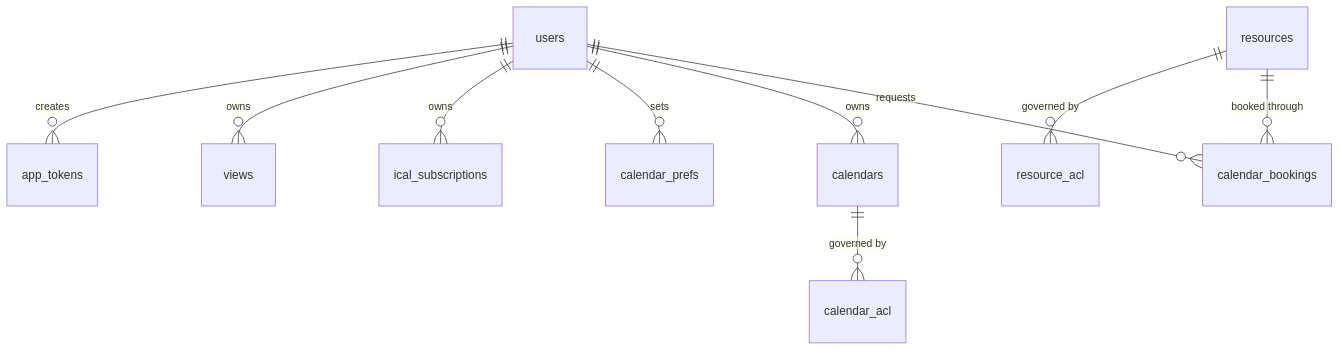
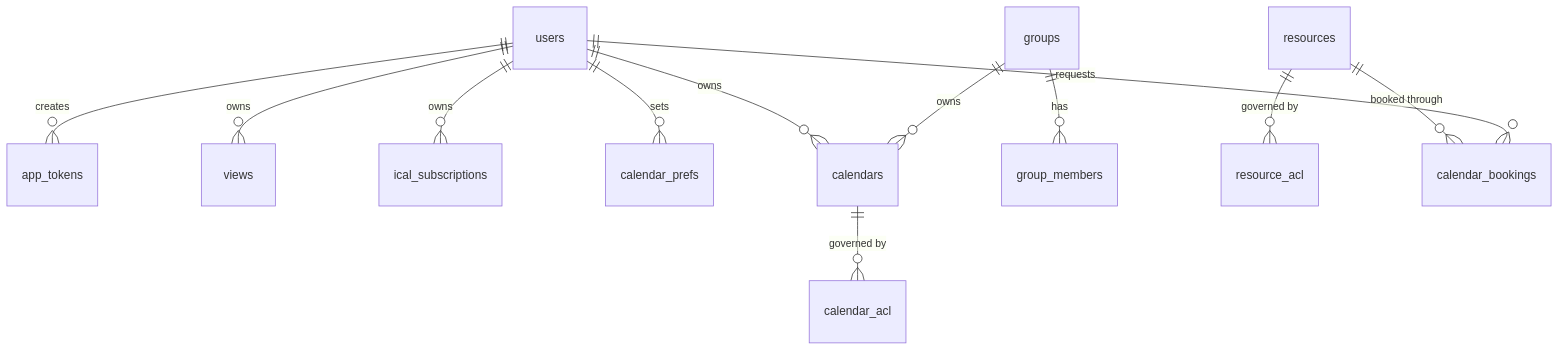
Before and after one commit to ByteSquire/web-calendar: the second of 3 diagrams in docs/design.md, drawn with Mermaid. The commit also changed other lines of this file and 44 other files, not shown here.

First line of the commit message:
Add groups with their own calendars, and share with groups

````diff
--- a/docs/design.md
+++ b/docs/design.md
@@ -164,12 +166,14 @@
 ```mermaid
 erDiagram
     users ||--o{ app_tokens : creates
     users ||--o{ views : owns
     users ||--o{ ical_subscriptions : owns
     users ||--o{ calendar_prefs : sets
     users ||--o{ calendars : owns
+    groups ||--o{ group_members : has
+    groups ||--o{ calendars : owns
     calendars ||--o{ calendar_acl : "governed by"
     resources ||--o{ resource_acl : "governed by"
     resources ||--o{ calendar_bookings : "booked through"
     users ||--o{ calendar_bookings : requests
 ```
````
